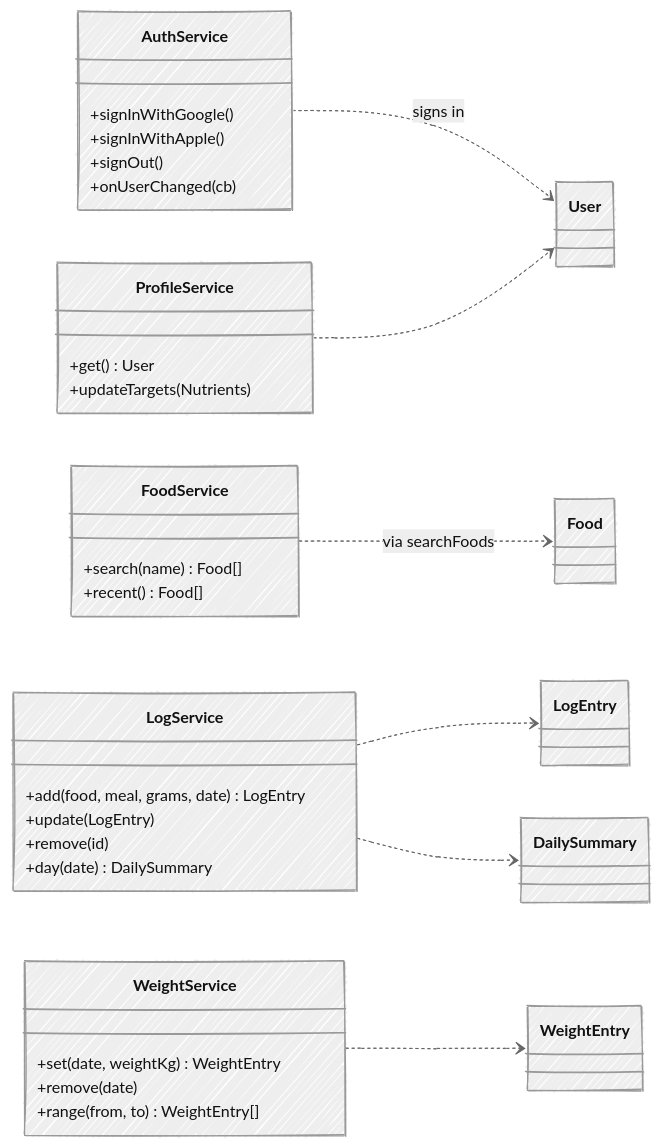
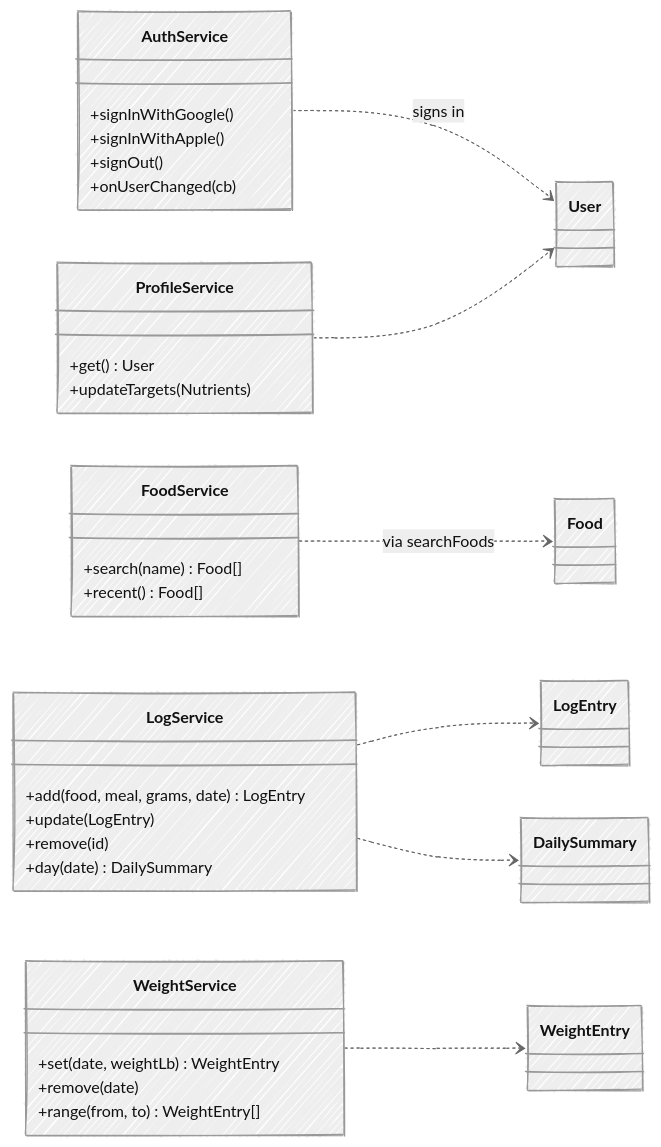
Before and after one commit to ai-rayven/wellness-ai: the fourth of 4 diagrams in docs/mvp.md, drawn with Mermaid. The commit also changed other lines of this file, not shown here.

First line of the commit message:
Store body weight in lb

````diff
--- a/docs/mvp.md
+++ b/docs/mvp.md
@@ -206,42 +206,42 @@
 ```mermaid
 ---
 config:
   look: handDrawn
   theme: neutral
 ---
 classDiagram
     direction LR
 
     class AuthService {
         +signInWithGoogle()
         +signInWithApple()
         +signOut()
         +onUserChanged(cb)
     }
     class ProfileService {
         +get() User
         +updateTargets(Nutrients)
     }
     class FoodService {
         +search(name) Food[]
         +recent() Food[]
     }
     class LogService {
         +add(food, meal, grams, date) LogEntry
         +update(LogEntry)
         +remove(id)
         +day(date) DailySummary
     }
     class WeightService {
-        +set(date, weightKg) WeightEntry
+        +set(date, weightLb) WeightEntry
         +remove(date)
         +range(from, to) WeightEntry[]
     }
 
     AuthService ..> User : signs in
     ProfileService ..> User
     FoodService ..> Food : via searchFoods
     LogService ..> LogEntry
     LogService ..> DailySummary
     WeightService ..> WeightEntry
 ```
````
